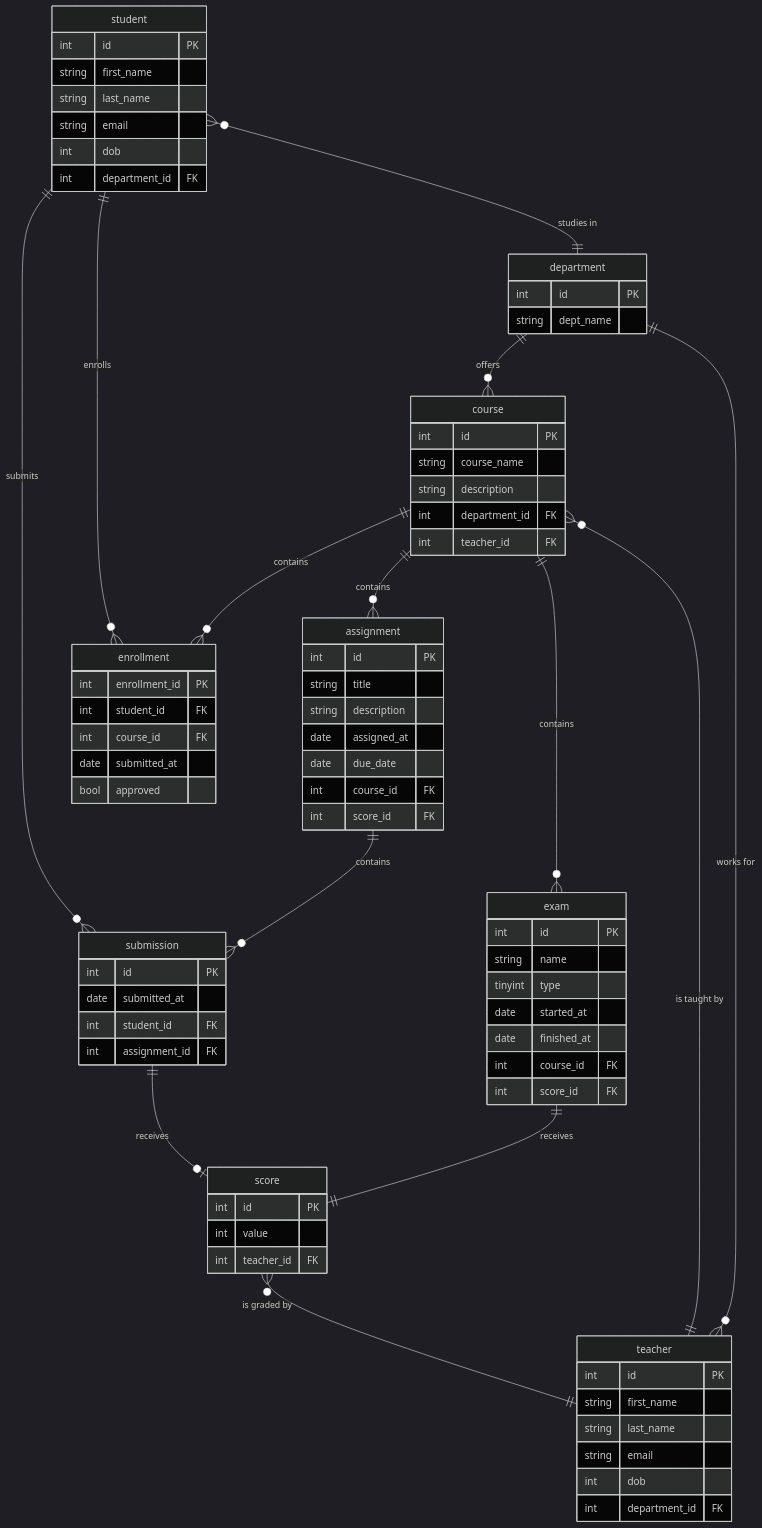
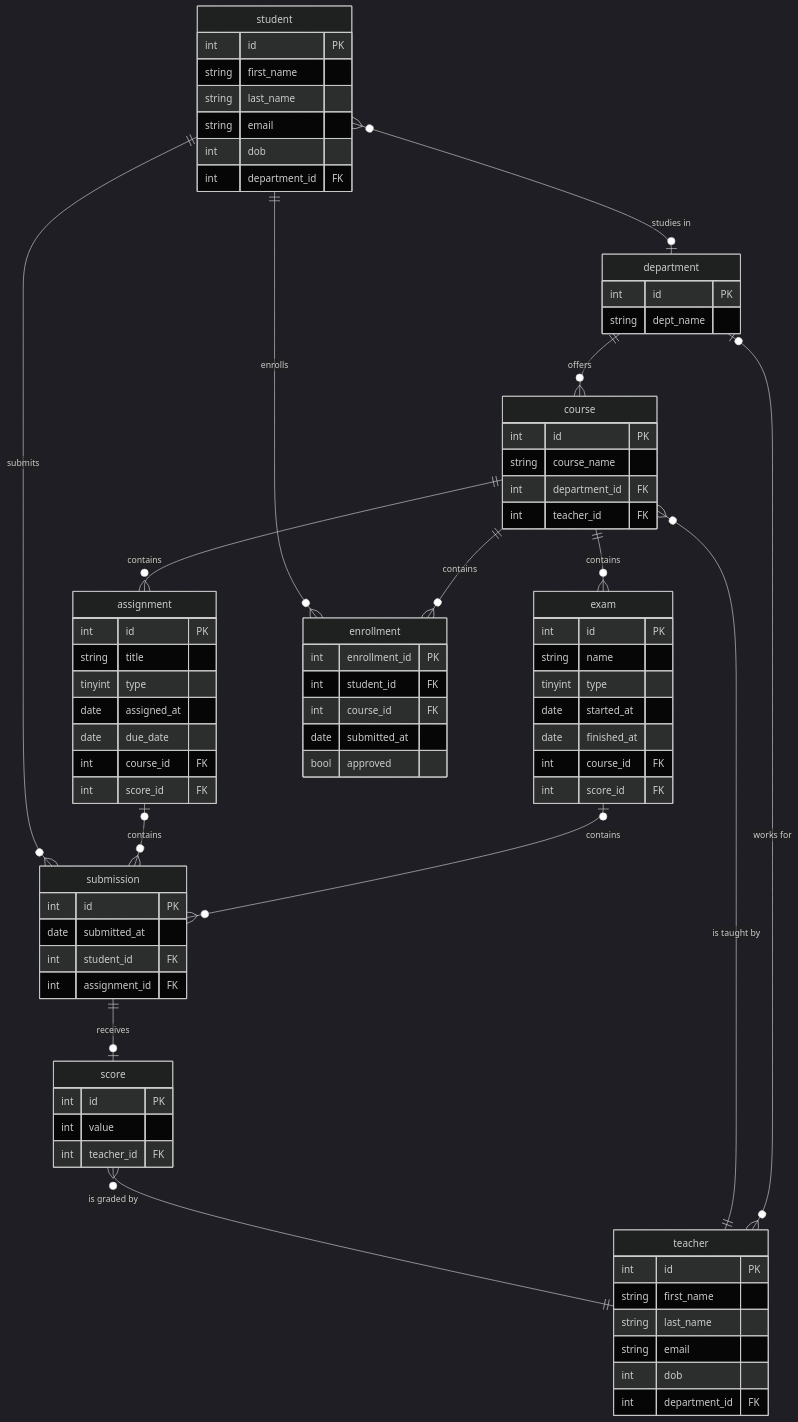
The diagram in README.md (LCYAD/be-exercise-guide), drawn with Mermaid (dark theme) before and after one commit. The commit also changed other lines of this file and 3 other files, not shown here.

````diff
--- a/README.md
+++ b/README.md
@@ -54,7 +52,6 @@
     course {
         int id PK
         string course_name
-        string description
         int department_id FK
         int teacher_id FK
     }
@@ -62,7 +59,7 @@
     assignment {
         int id PK
         string title
-        string description
+        tinyint type
         date assigned_at
         date due_date
         int course_id FK
@@ -103,8 +100,8 @@
     student ||--o{ enrollment : "enrolls"
     course ||--o{ enrollment : "contains"
     
-    student }o--|| department : "studies in"
-    teacher }o--|| department : "works for"
+    student }o--o| department : "studies in"
+    teacher }o--o| department : "works for"
     
     department ||--o{ course : "offers"
     
@@ -112,13 +109,12 @@
     course ||--o{ exam : "contains"
 
     student ||--o{ submission : "submits"
-    assignment ||--o{ submission : "contains"
+    assignment |o--o{ submission : "contains"
+    exam |o--o{ submission : "contains"
     
     submission ||--o| score : "receives"
-    exam ||--|| score : "receives"
     
     score }o--|| teacher : "is graded by"
     
     course }o--|| teacher : "is taught by"
-
 ```
````
